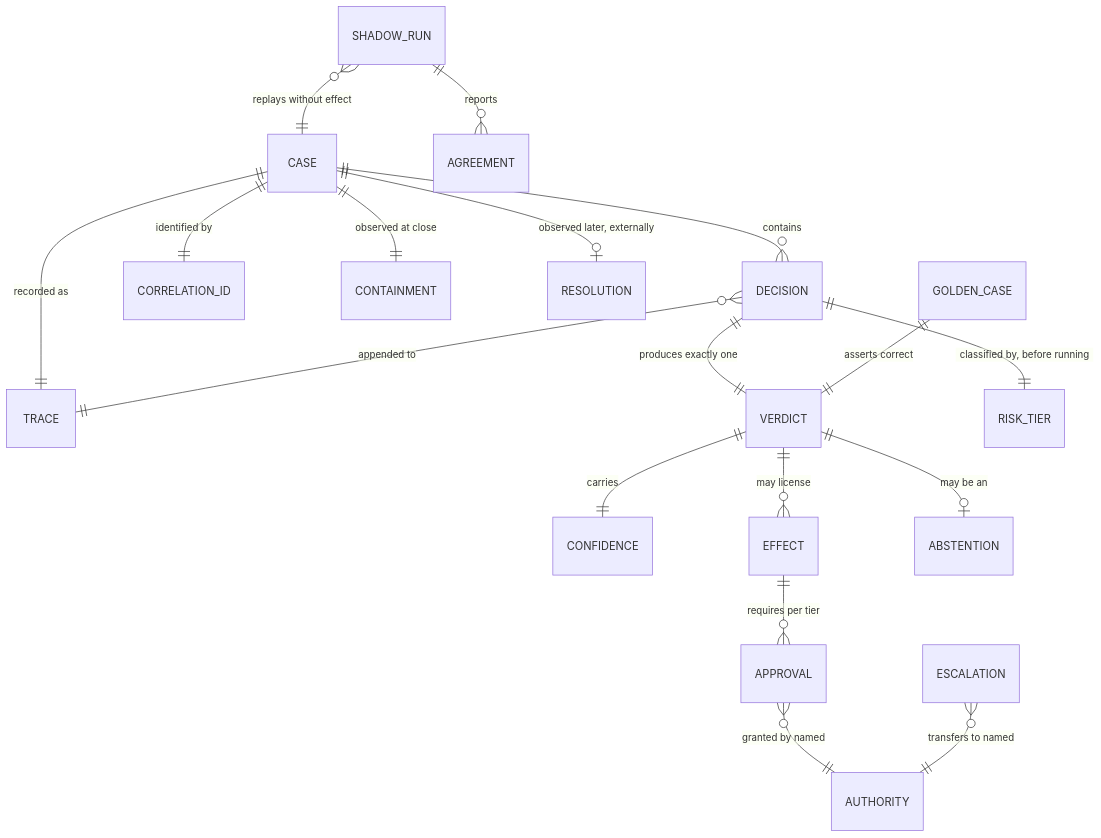
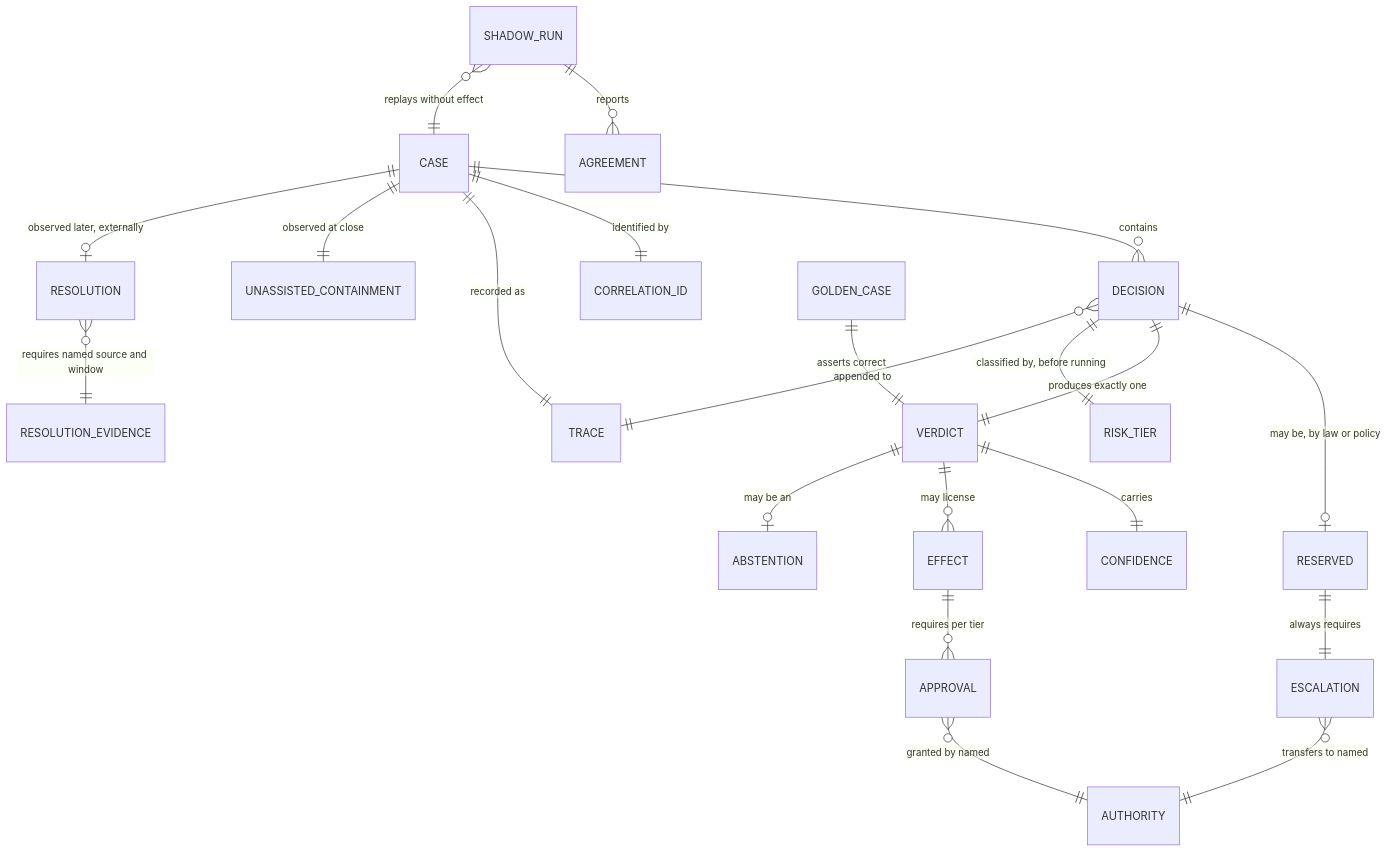
The diagram in docs/CONTEXT.md (KindnessofGod/agents-ops-core), drawn with Mermaid before and after one commit. The commit also changed other lines of this file and 3 other files, not shown here.

First line of the commit message:
docs: reserved decisions, and containment renamed to say what it records

````diff
--- a/docs/CONTEXT.md
+++ b/docs/CONTEXT.md
@@ -293,24 +374,27 @@
 ```mermaid
 erDiagram
     CASE ||--o{ DECISION : "contains"
     CASE ||--|| CORRELATION_ID : "identified by"
     CASE ||--|| TRACE : "recorded as"
-    CASE ||--|| CONTAINMENT : "observed at close"
+    CASE ||--|| UNASSISTED_CONTAINMENT : "observed at close"
     CASE ||--o| RESOLUTION : "observed later, externally"
+    RESOLUTION }o--|| RESOLUTION_EVIDENCE : "requires named source and window"
+    DECISION ||--o| RESERVED : "may be, by law or policy"
+    RESERVED ||--|| ESCALATION : "always requires"
 
     DECISION ||--|| VERDICT : "produces exactly one"
     DECISION ||--|| RISK_TIER : "classified by, before running"
     DECISION }o--|| TRACE : "appended to"
 
     VERDICT ||--|| CONFIDENCE : "carries"
     VERDICT ||--o{ EFFECT : "may license"
     VERDICT ||--o| ABSTENTION : "may be an"
 
     EFFECT ||--o{ APPROVAL : "requires per tier"
     APPROVAL }o--|| AUTHORITY : "granted by named"
     ESCALATION }o--|| AUTHORITY : "transfers to named"
 
     GOLDEN_CASE ||--|| VERDICT : "asserts correct"
     SHADOW_RUN ||--o{ AGREEMENT : "reports"
     SHADOW_RUN }o--|| CASE : "replays without effect"
 ```
````
